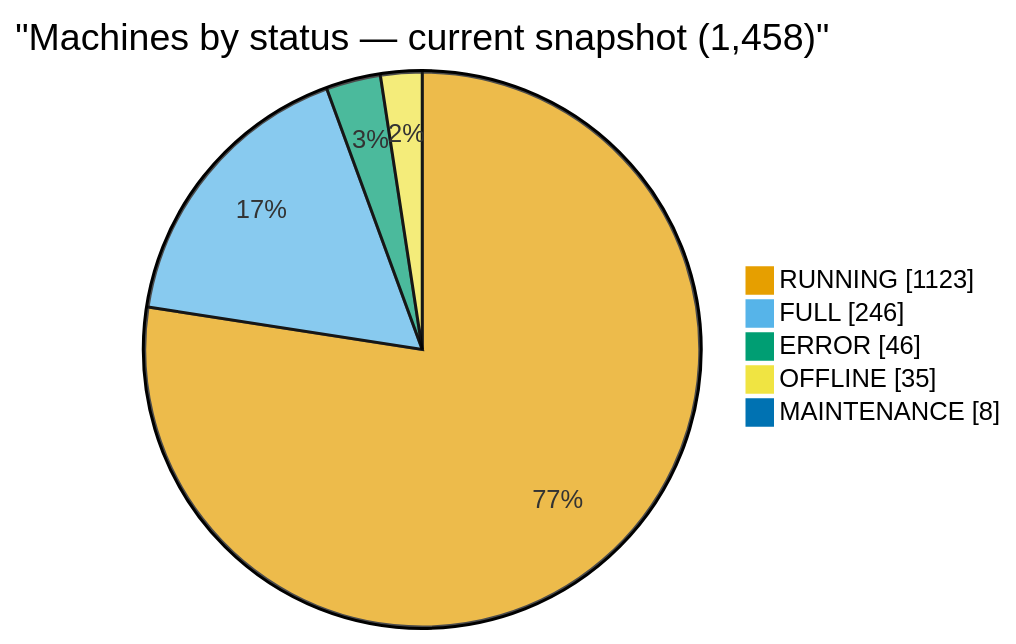
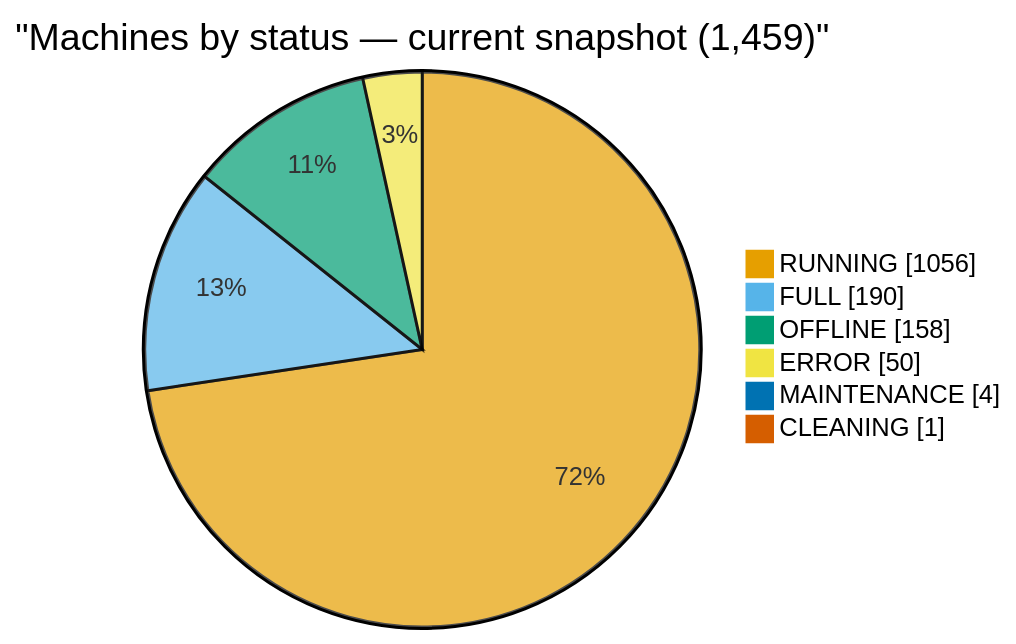
One commit to cheeaun/returnright-data changed the first of 5 diagrams in ANALYSIS.md. Above: the diagram before and after it, drawn with Mermaid. The commit also changed other lines of this file and 4 other files, not shown here.

````diff
--- a/ANALYSIS.md
+++ b/ANALYSIS.md
@@ -22,21 +22,22 @@
 ```mermaid
 ---
 config:
   themeVariables:
     pie1: "#E69F00"
     pie2: "#56B4E9"
     pie3: "#009E73"
     pie4: "#F0E442"
     pie5: "#0072B2"
     pie6: "#D55E00"
     pie7: "#CC79A7"
     pie8: "#999999"
 ---
 pie showData
-    title "Machines by status — current snapshot (1,458)"
-    "RUNNING": 1123
-    "FULL": 246
-    "ERROR": 46
-    "OFFLINE": 35
-    "MAINTENANCE": 8
+    title "Machines by status — current snapshot (1,459)"
+    "RUNNING": 1056
+    "FULL": 190
+    "OFFLINE": 158
+    "ERROR": 50
+    "MAINTENANCE": 4
+    "CLEANING": 1
 ```
````
